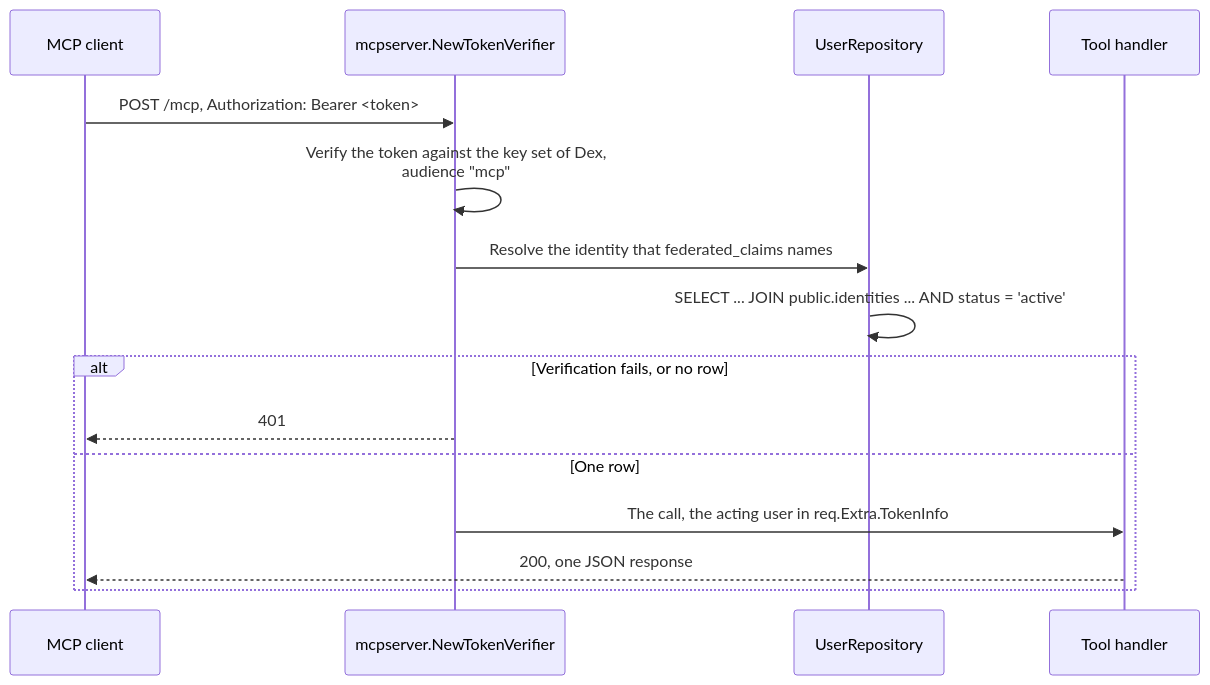
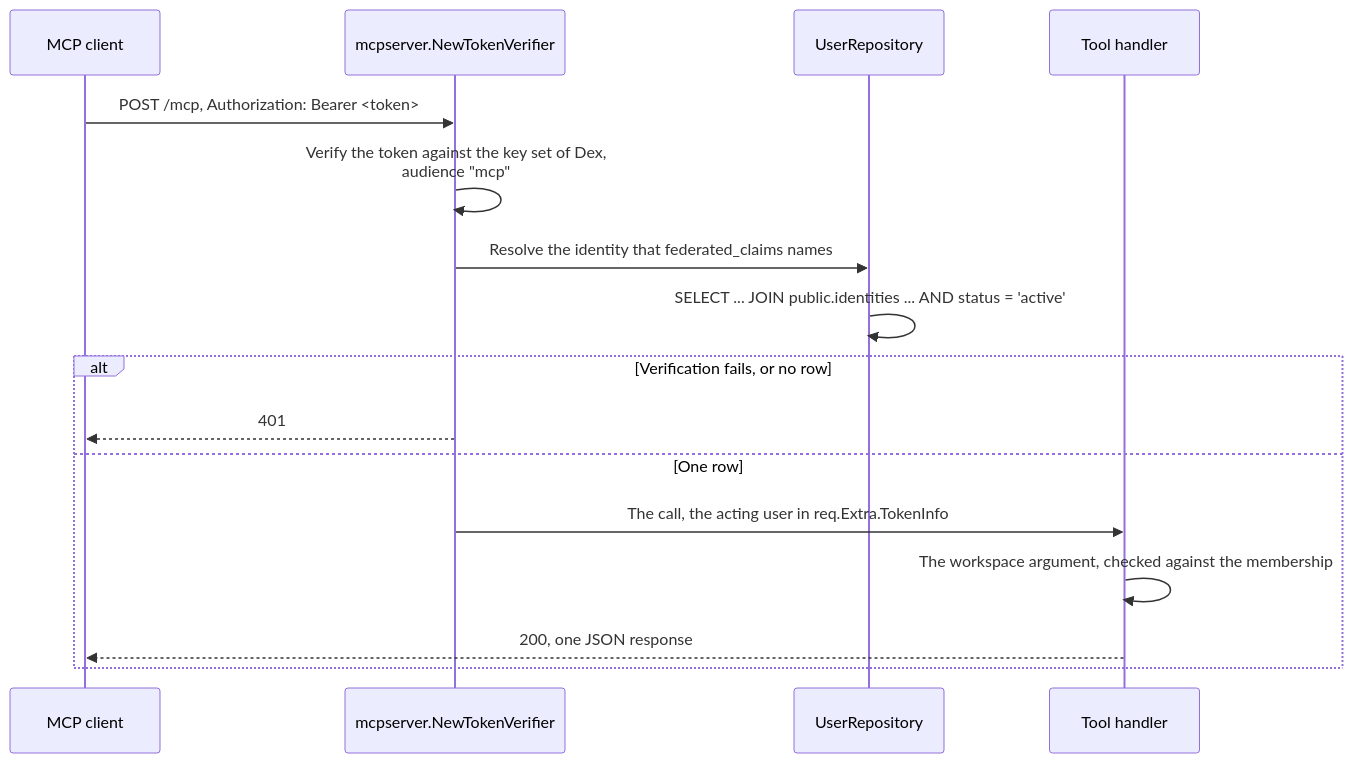
One commit to ABGEO/maroid changed the third of 3 diagrams in specs/features/ident/spec.md. Above: the diagram before and after it, drawn with Mermaid. The commit also changed other lines of this file and 38 other files, not shown here.

````diff
--- a/specs/features/ident/spec.md
+++ b/specs/features/ident/spec.md
@@ -263,18 +283,19 @@
 ```mermaid
 sequenceDiagram
     participant C as MCP client
     participant V as mcpserver.NewTokenVerifier
     participant R as UserRepository
     participant T as Tool handler
 
     C->>V: POST /mcp, Authorization: Bearer <token>
     V->>V: Verify the token against the key set of Dex,<br/>audience "mcp"
     V->>R: Resolve the identity that federated_claims names
     R->>R: SELECT ... JOIN public.identities ... AND status = 'active'
     alt Verification fails, or no row
         V-->>C: 401
     else One row
         V->>T: The call, the acting user in req.Extra.TokenInfo
+        T->>T: The workspace argument, checked against the membership
         T-->>C: 200, one JSON response
     end
 ```
````
